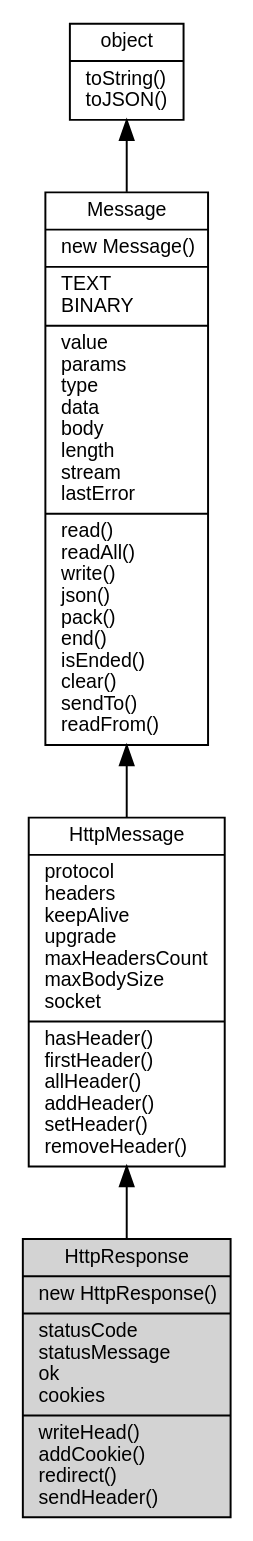
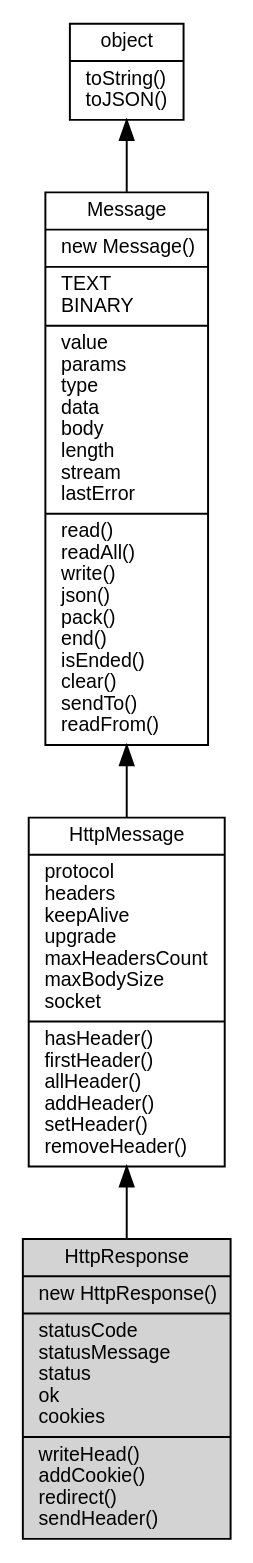
The diagram in docs/manual/object/ifs/HttpResponse.md (fibjs/fibjs.org), drawn with Graphviz before and after one commit. The commit also changed other lines of this file and 41 other files, not shown here.

````diff
--- a/docs/manual/object/ifs/HttpResponse.md
+++ b/docs/manual/object/ifs/HttpResponse.md
@@ -23,14 +23,14 @@
 ```dot
 digraph {
     node [fontname="Helvetica,sans-Serif", fontsize=10, shape="record", style="filled", fillcolor="white"];
 
     object [tooltip="object", URL="object.md", label="{object|toString()\ltoJSON()\l}"];
     Message [tooltip="Message", URL="Message.md", label="{Message|new Message()\l|TEXT\lBINARY\l|value\lparams\ltype\ldata\lbody\llength\lstream\llastError\l|read()\lreadAll()\lwrite()\ljson()\lpack()\lend()\lisEnded()\lclear()\lsendTo()\lreadFrom()\l}"];
     HttpMessage [tooltip="HttpMessage", URL="HttpMessage.md", label="{HttpMessage|protocol\lheaders\lkeepAlive\lupgrade\lmaxHeadersCount\lmaxBodySize\lsocket\l|hasHeader()\lfirstHeader()\lallHeader()\laddHeader()\lsetHeader()\lremoveHeader()\l}"];
-    HttpResponse [tooltip="HttpResponse", fillcolor="lightgray", id="me", label="{HttpResponse|new HttpResponse()\l|statusCode\lstatusMessage\lok\lcookies\l|writeHead()\laddCookie()\lredirect()\lsendHeader()\l}"];
+    HttpResponse [tooltip="HttpResponse", fillcolor="lightgray", id="me", label="{HttpResponse|new HttpResponse()\l|statusCode\lstatusMessage\lstatus\lok\lcookies\l|writeHead()\laddCookie()\lredirect()\lsendHeader()\l}"];
 
     object -> Message [dir=back];
     Message -> HttpMessage [dir=back];
     HttpMessage -> HttpResponse [dir=back];
 }
 ```
````
